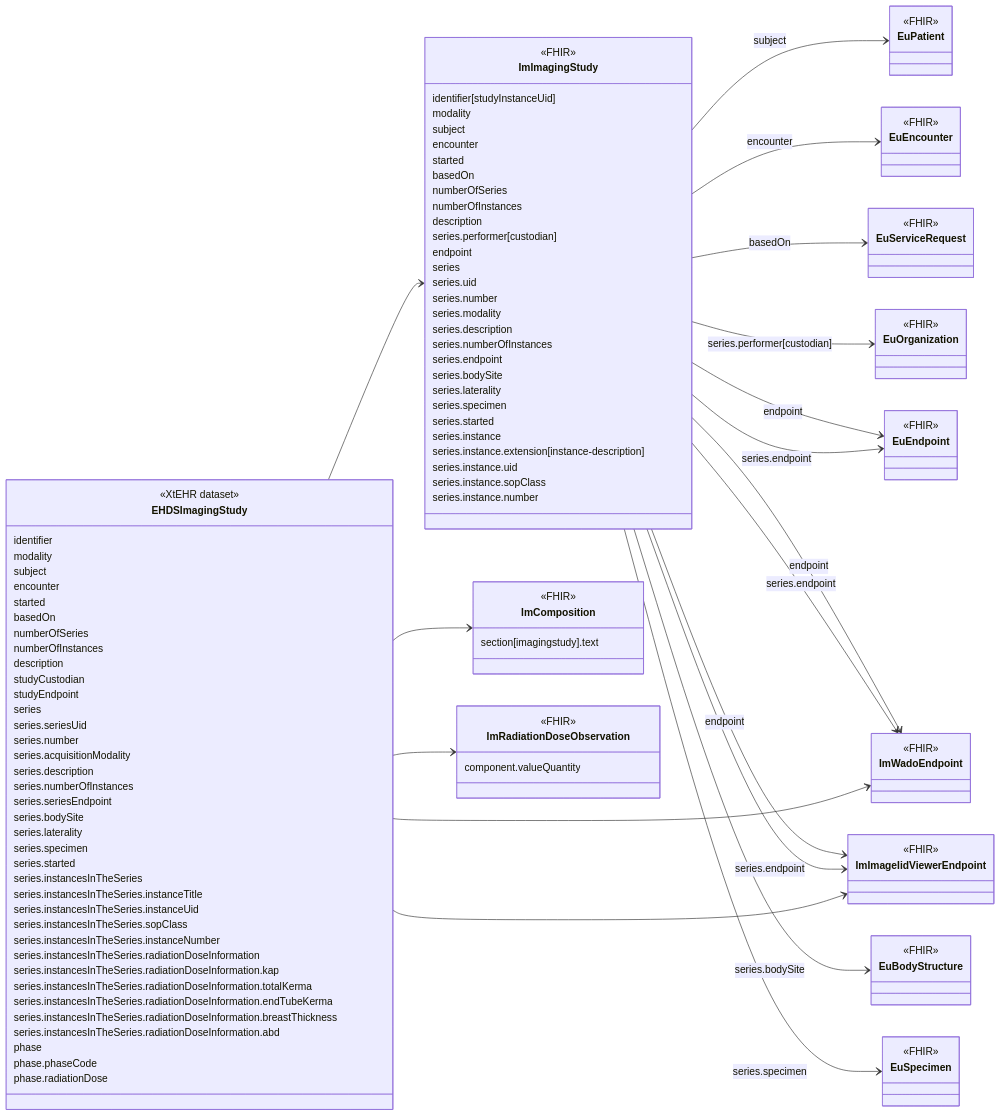
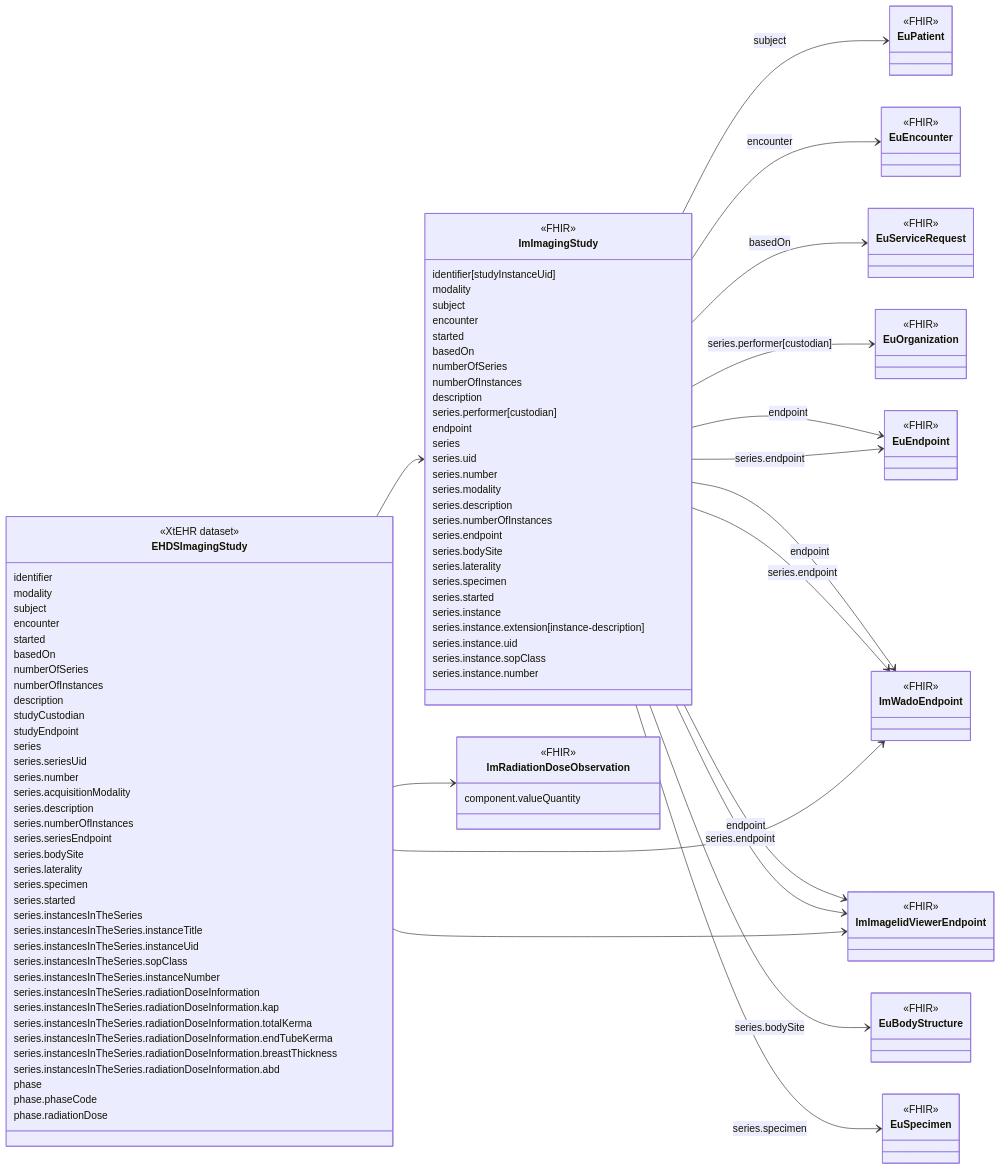
Before and after one commit to oijauregui/ehdsimaging: the diagram in input/intro-notes/ConceptMap-EHDSImagingStudyMap-intro.md, drawn with Mermaid. The commit also changed 8 other files, not shown here.

Commit message:
Removed mappings to Composition.section.text based on comments Rutt.

```diff
--- a/input/intro-notes/ConceptMap-EHDSImagingStudyMap-intro.md
+++ b/input/intro-notes/ConceptMap-EHDSImagingStudyMap-intro.md
@@ -76,11 +76,6 @@
   series.instance.number
 }
 
-class ImComposition{
-  <<FHIR>>
-  section[imagingstudy].text
-}
-
 class ImWadoEndpoint
 class ImImageIidViewerEndpoint
 class ImRadiationDoseObservation{
@@ -128,7 +123,6 @@
 ImImagingStudy -->  ImImageIidViewerEndpoint : series.endpoint
 ImImagingStudy --> EuBodyStructure : series.bodySite
 ImImagingStudy --> EuSpecimen : series.specimen
-EHDSImagingStudy --> ImComposition
 EHDSImagingStudy --> ImWadoEndpoint
 EHDSImagingStudy --> ImImageIidViewerEndpoint
 EHDSImagingStudy --> ImRadiationDoseObservation
```
